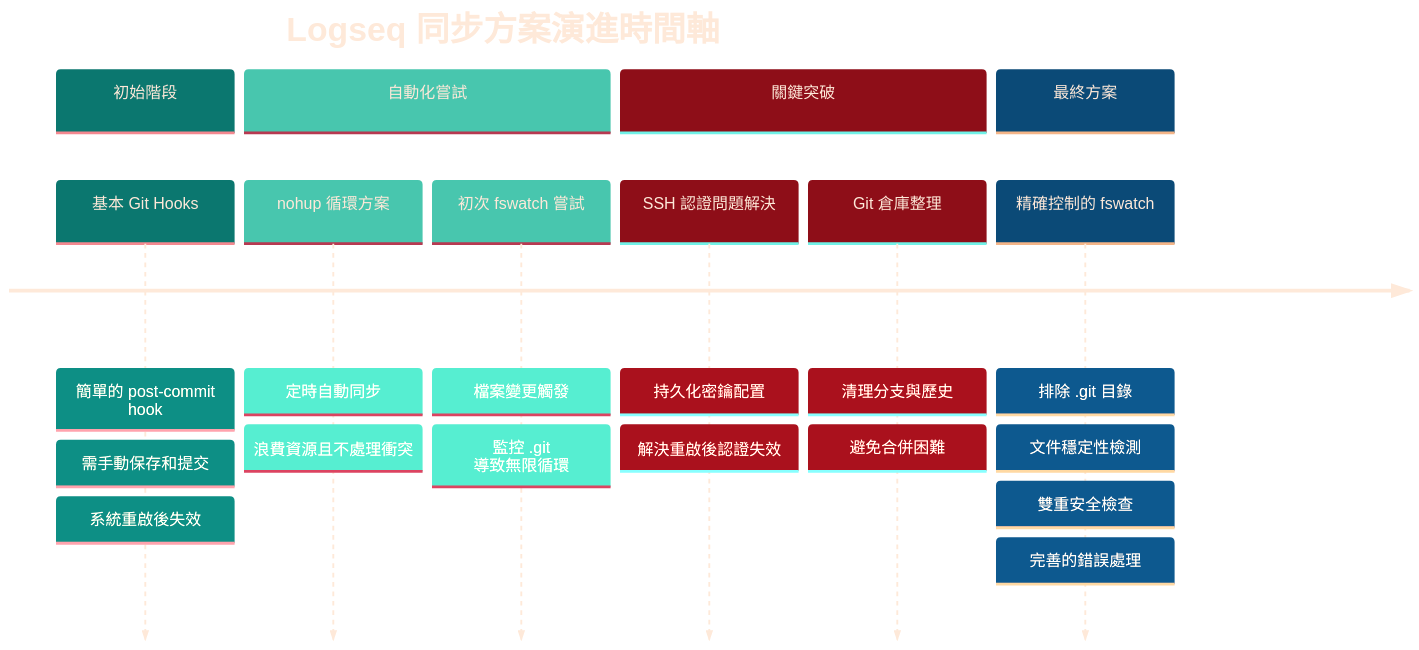
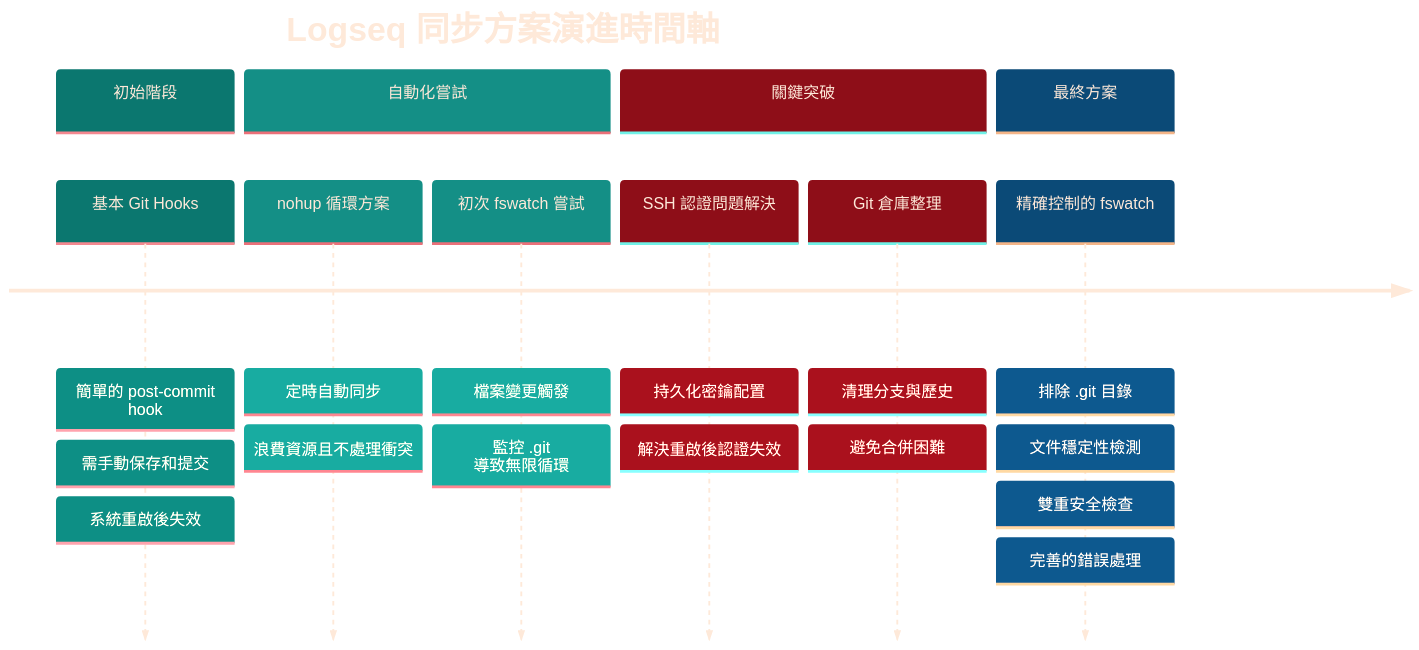
Before and after one commit to GengGeng026/Sync-Logseq: the first of 2 diagrams in Logseq同步方案演進記錄.md, drawn with Mermaid.

Commit message:
Auto-sync: Wed Mar 26 09:58:08 +08 2025

````diff
--- a/Logseq同步方案演進記錄.md
+++ b/Logseq同步方案演進記錄.md
@@ -24,37 +24,37 @@
 ```mermaid
 %%{init: {
   'theme': 'base', 
   'themeVariables': {
     'primaryTextColor': '#FEE9D9',
     'primaryColor': '#19E9D9',
-    'secondaryColor': '#A9E4D9',
+    'secondaryColor': '#3EE4D9',
     'primaryBorderColor': '#A9D9D9',
     'background': 'transparent',
     'clusterBkg': 'transparent',
     'fontFamily': 'default',
     'fontSize': '17px',
     'fontWeight': 'normal'
   }
 }}%%
 timeline
     title Logseq 同步方案演進時間軸
     section 初始階段
         基本 Git Hooks : 簡單的 post-commit hook
         : 需手動保存和提交
         : 系統重啟後失效
     section 自動化嘗試
         nohup 循環方案 : 定時自動同步
         : 浪費資源且不處理衝突
         初次 fswatch 嘗試 : 檔案變更觸發
         : 監控 .git 導致無限循環
     section 關鍵突破
         SSH 認證問題解決 : 持久化密鑰配置
         : 解決重啟後認證失效
         Git 倉庫整理 : 清理分支與歷史
         : 避免合併困難
     section 最終方案
         精確控制的 fswatch : 排除 .git 目錄
         : 文件穩定性檢測
         : 雙重安全檢查
         : 完善的錯誤處理
 ```
````
